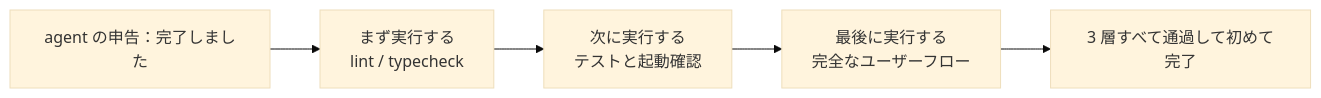
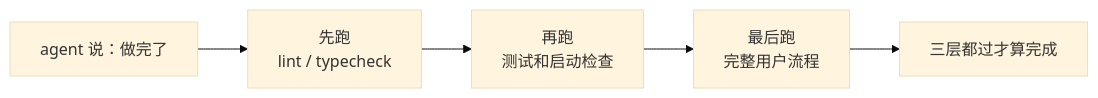
The first of 2 diagrams in docs/zh/lectures/lecture-09-why-agents-declare-victory-too-early/index.md (mkusaka/learn-harness-engineering), drawn with Mermaid (base theme) before and after one commit. The commit also changed other lines of this file and 684 other files, not shown here.

````diff
--- a/docs/zh/lectures/lecture-09-why-agents-declare-victory-too-early/index.md
+++ b/docs/zh/lectures/lecture-09-why-agents-declare-victory-too-early/index.md
@@ -22,7 +22,7 @@
 ```mermaid
 flowchart LR
-    Claim["agent の申告：完了しました"] --> L1["まず実行する<br/>lint / typecheck"]
-    L1 --> L2["次に実行する<br/>テストと起動確認"]
-    L2 --> L3["最後に実行する<br/>完全なユーザーフロー"]
-    L3 --> Done["3 層すべて通過して初めて完了"]
+    Claim["agent 说：做完了"] --> L1["先跑<br/>lint / typecheck"]
+    L1 --> L2["再跑<br/>测试和启动检查"]
+    L2 --> L3["最后跑<br/>完整用户流程"]
+    L3 --> Done["三层都过才算完成"]
 ```
````
